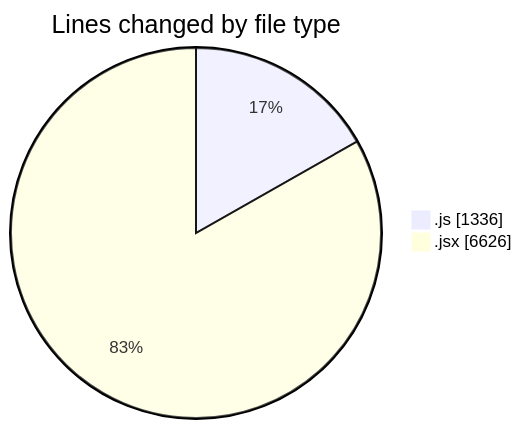
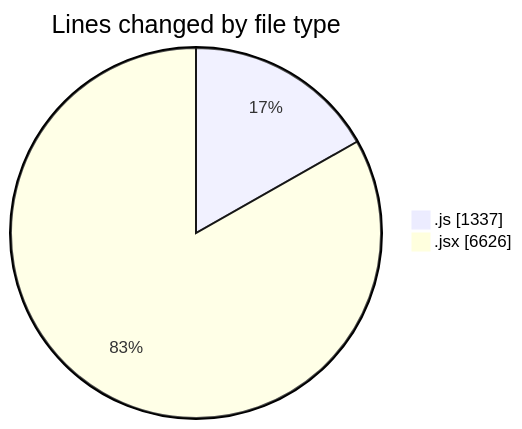
One commit to nxtqubesakshisongat/code-tracking changed the first of 2 diagrams in 2025-12-05/nxtqube_webapp/README.md. Above: the diagram before and after it, drawn with Mermaid. The commit also changed other lines of this file and 1 other file, not shown here.

````diff
--- a/2025-12-05/nxtqube_webapp/README.md
+++ b/2025-12-05/nxtqube_webapp/README.md
@@ -27,6 +27,6 @@
 ```mermaid
 pie showData
 title Lines changed by file type
-".js" : 1336
+".js" : 1337
 ".jsx" : 6626
 ```
````
